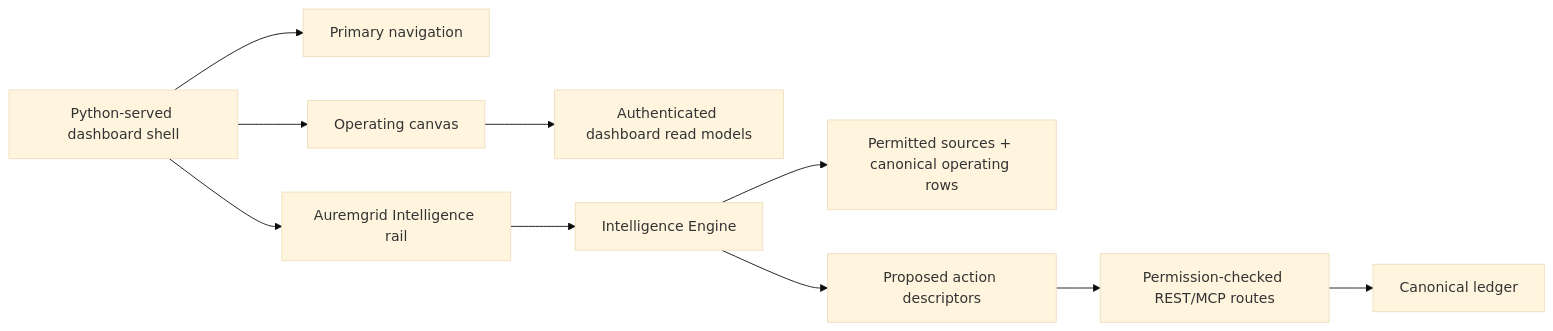
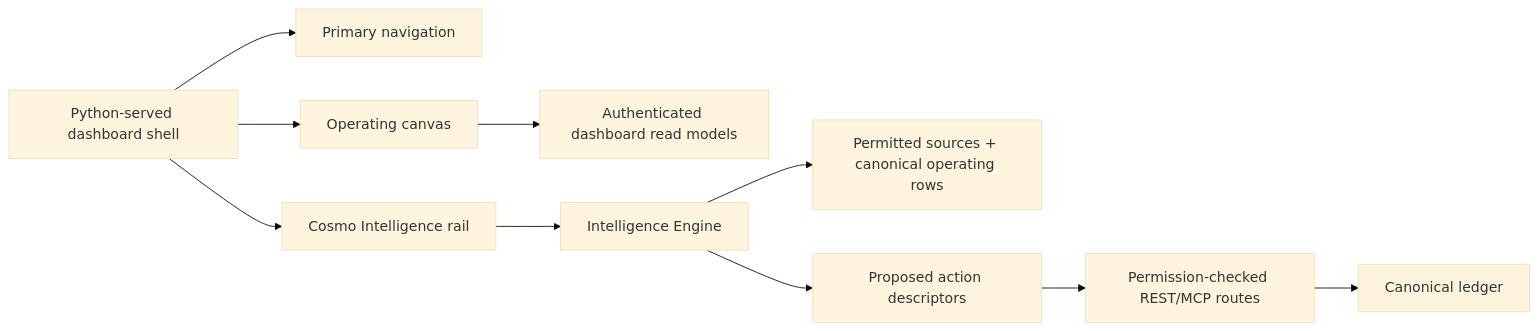
One commit to wasayijaz/Auremgrid-Company-OS changed the third of 7 diagrams in README.md. Above: the diagram before and after it, drawn with Mermaid (base theme). The commit also changed other lines of this file and 29 other files, not shown here.

````diff
--- a/README.md
+++ b/README.md
@@ -112,12 +112,12 @@
 ```mermaid
 flowchart LR
     Shell[Python-served dashboard shell] --> Nav[Primary navigation]
     Shell --> Canvas[Operating canvas]
-    Shell --> Rail[Auremgrid Intelligence rail]
+    Shell --> Rail[Cosmo Intelligence rail]
     Canvas --> DashAPI[Authenticated dashboard read models]
     Rail --> Intel[Intelligence Engine]
     Intel --> Evidence[Permitted sources + canonical operating rows]
     Intel --> Proposed[Proposed action descriptors]
     Proposed --> Routes[Permission-checked REST/MCP routes]
     Routes --> Ledger[Canonical ledger]
 ```
````
